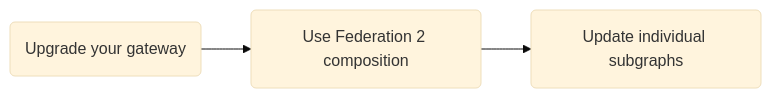
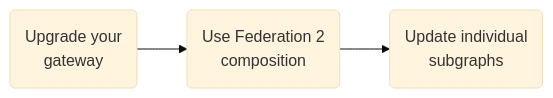
The first of 2 diagrams in docs/source/federation-2/moving-to-federation-2.mdx (apollographql/federation), drawn with Mermaid (base theme) before and after one commit. The commit also changed 2 other files, not shown here.

Commit message:
Clarify ability to use override with root fields

````diff
--- a/docs/source/federation-2/moving-to-federation-2.mdx
+++ b/docs/source/federation-2/moving-to-federation-2.mdx
@@ -14,6 +14,6 @@
 ```mermaid
 graph LR;
-  gateway(Upgrade your gateway)
-  gateway --> composition(Use Federation 2 composition);
-  composition --> subgrahs(Update individual subgraphs);
+  gateway("Upgrade your<br/>gateway")
+  gateway --> composition("Use Federation 2<br/>composition");
+  composition --> subgrahs("Update individual<br/>subgraphs");
 ```
````
